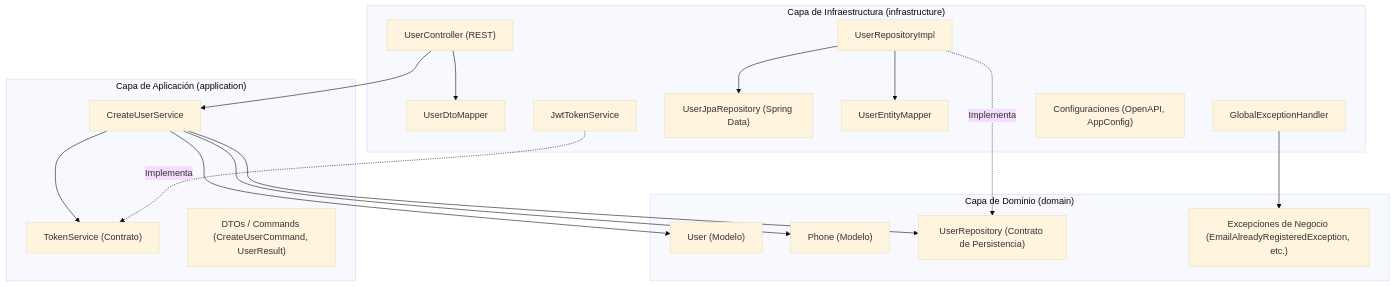
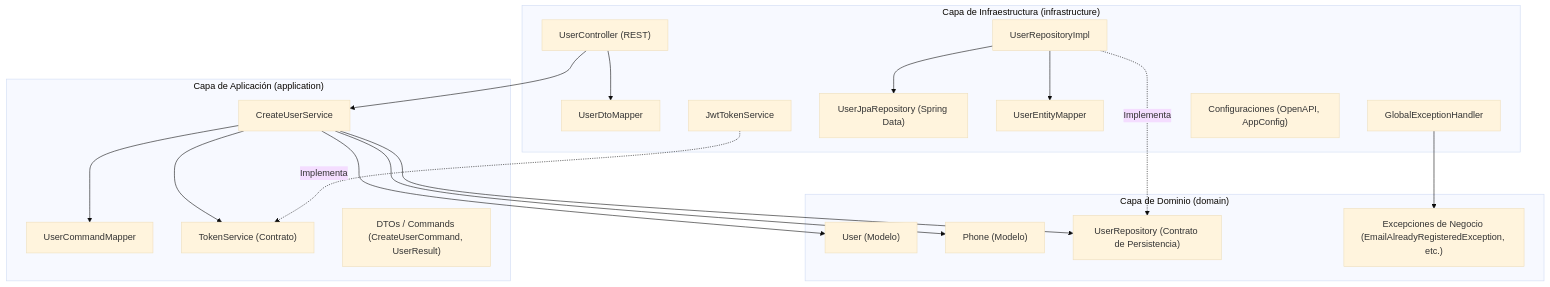
One commit to andresgouts/user-demo changed the first of 2 diagrams in README.md. Above: the diagram before and after it, drawn with Mermaid (base theme). The commit also changed other lines of this file and 4 other files, not shown here.

Commit message:
refactor: extract UserCommandMapper in application layer and update CreateUserService

````diff
--- a/README.md
+++ b/README.md
@@ -12,38 +12,40 @@
 ```mermaid
 graph TD
     subgraph Infrastructure ["Capa de Infraestructura (infrastructure)"]
         UC["UserController (REST)"]
         UDM["UserDtoMapper"]
         GEH["GlobalExceptionHandler"]
         JPA_REPO["UserJpaRepository (Spring Data)"]
         USER_REPO_IMPL["UserRepositoryImpl"]
         UEM["UserEntityMapper"]
         JWT_SRV["JwtTokenService"]
         CFG["Configuraciones (OpenAPI, AppConfig)"]
     end
 
     subgraph Application ["Capa de Aplicación (application)"]
         SVC["CreateUserService"]
+        UCM["UserCommandMapper"]
         TS["TokenService (Contrato)"]
         CMD["DTOs / Commands (CreateUserCommand, UserResult)"]
     end
 
     subgraph Domain ["Capa de Dominio (domain)"]
         USER["User (Modelo)"]
         PHONE["Phone (Modelo)"]
         UREPO["UserRepository (Contrato de Persistencia)"]
         EXC["Excepciones de Negocio (EmailAlreadyRegisteredException, etc.)"]
     end
 
     UC --> UDM
     UC --> SVC
+    SVC --> UCM
     SVC --> UREPO
     SVC --> TS
     SVC --> USER
     SVC --> PHONE
     USER_REPO_IMPL -.->|Implementa| UREPO
     USER_REPO_IMPL --> UEM
     USER_REPO_IMPL --> JPA_REPO
     JWT_SRV -.->|Implementa| TS
     GEH --> EXC
 ```
````
